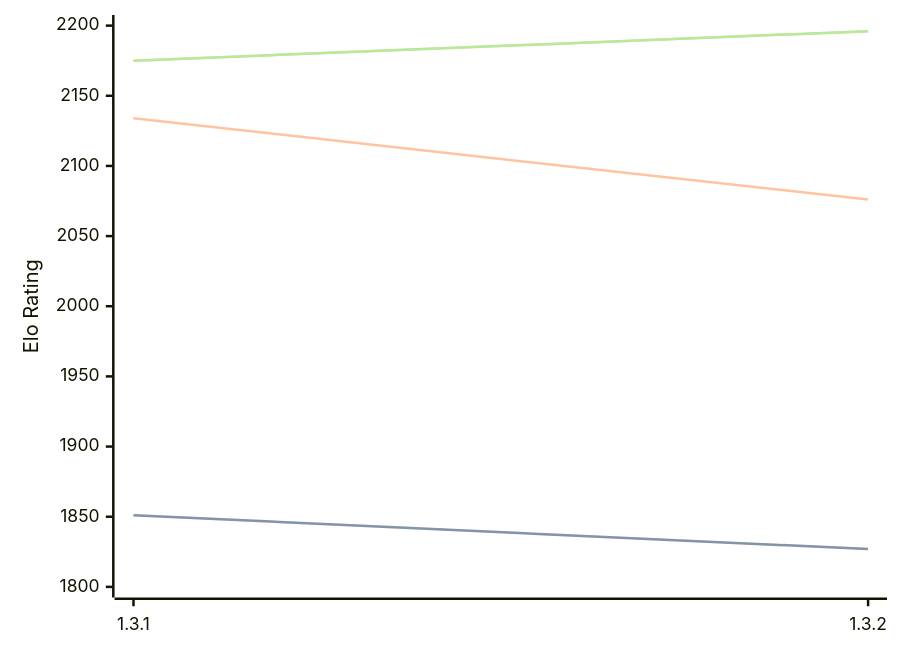
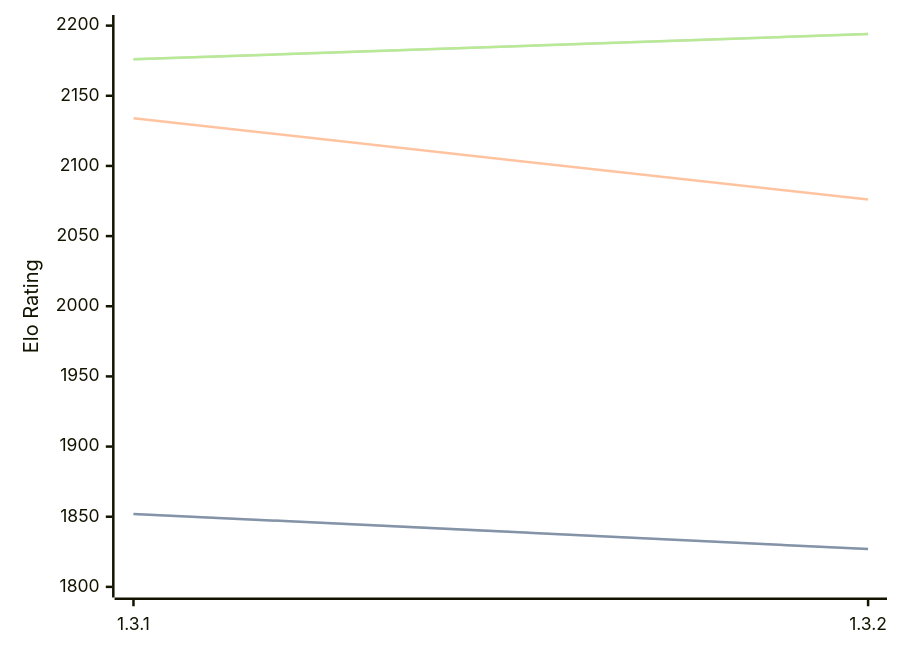
Before and after one commit to computer-chess-index/cci: the first of 3 diagrams in engines/Zugblitz.md, drawn with Mermaid. The commit also changed other lines of this file, not shown here.

Commit message:
Update CCI Ratings (ELO VLTC) - 2026-06-23

````diff
--- a/engines/Zugblitz.md
+++ b/engines/Zugblitz.md
@@ -32,11 +32,11 @@
 ```mermaid
 %%{init: {"theme":"base","themeVariables":{"seriesColors:['#a3a3a3','#222221','#faa371']}}}%%
 xychart-beta
   x-axis ["1.3.1", "1.3.2"]
   y-axis "Elo Rating" 1800 --> 2200
-  line "STC (8.0+0.08s)" [1851, 1827]
-  line "STC (8.0+0.08s)" [1851, 1827]
+  line "STC (8.0+0.08s)" [1852, 1827]
+  line "STC (8.0+0.08s)" [1852, 1827]
   line "LTC (60.0+0.60s)" [2134, 2076]
-  line "VLTC (2m24s+1.12s)" [2175, 2196]
-  line "VLTC (2m24s+1.12s)" [2175, 2196]
+  line "VLTC (2m24s+1.12s)" [2176, 2194]
+  line "VLTC (2m24s+1.12s)" [2176, 2194]
 ```
````
